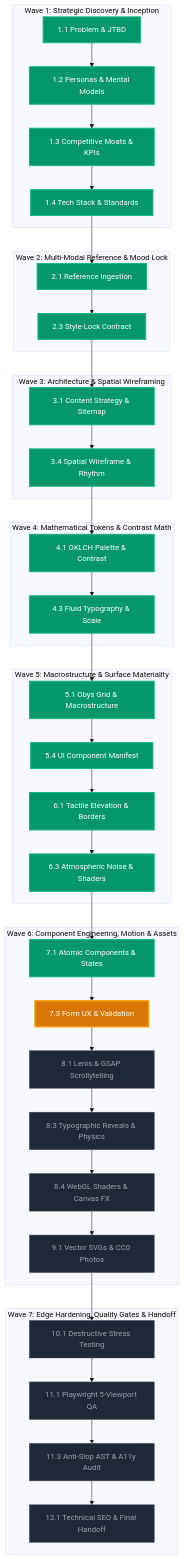
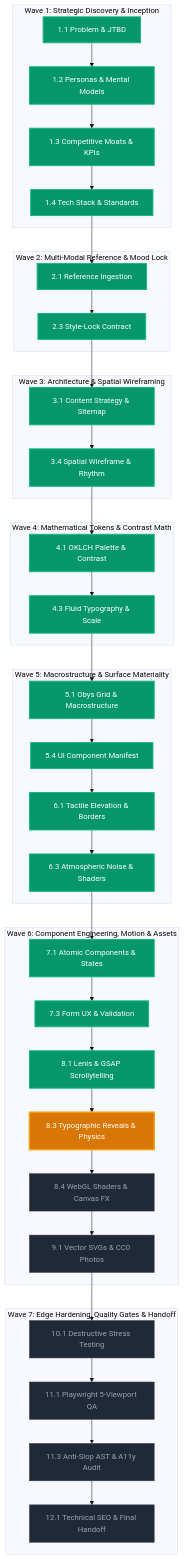
Before and after one commit to atinek-182/Vidya-Dham-Academy: the diagram in docs/DESIGN_MAP.mermaid, drawn with Mermaid (base theme). The commit also changed 11 other files, not shown here.

Commit message:
[EVOLVE]: Complete Phase 8.1 Lenis & GSAP scrollytelling architecture and record evolutionary findings

````diff
--- a/docs/DESIGN_MAP.mermaid
+++ b/docs/DESIGN_MAP.mermaid
@@ -1,51 +1,51 @@
 ```mermaid
 graph TD
   subgraph WAVE_1 ["Wave 1: Strategic Discovery & Inception"]
     P1_1["1.1 Problem & JTBD"]:::completed --> P1_2["1.2 Personas & Mental Models"]:::completed
     P1_2 --> P1_3["1.3 Competitive Moats & KPIs"]:::completed
     P1_3 --> P1_4["1.4 Tech Stack & Standards"]:::completed
   end
 
   subgraph WAVE_2 ["Wave 2: Multi-Modal Reference & Mood Lock"]
     P2_1["2.1 Reference Ingestion"]:::completed --> P2_3["2.3 Style-Lock Contract"]:::completed
   end
 
   subgraph WAVE_3 ["Wave 3: Architecture & Spatial Wireframing"]
     P3_1["3.1 Content Strategy & Sitemap"]:::completed --> P3_4["3.4 Spatial Wireframe & Rhythm"]:::completed
   end
 
   subgraph WAVE_4 ["Wave 4: Mathematical Tokens & Contrast Math"]
     P4_1["4.1 OKLCH Palette & Contrast"]:::completed --> P4_3["4.3 Fluid Typography & Scale"]:::completed
   end
 
   subgraph WAVE_5 ["Wave 5: Macrostructure & Surface Materiality"]
     P5_1["5.1 Obys Grid & Macrostructure"]:::completed --> P5_4["5.4 UI Component Manifest"]:::completed
     P5_4 --> P6_1["6.1 Tactile Elevation & Borders"]:::completed
     P6_1 --> P6_3["6.3 Atmospheric Noise & Shaders"]:::completed
   end
 
   subgraph WAVE_6 ["Wave 6: Component Engineering, Motion & Assets"]
-    P7_1["7.1 Atomic Components & States"]:::completed --> P7_3["7.3 Form UX & Validation"]:::active
-    P7_3 --> P8_1["8.1 Lenis & GSAP Scrollytelling"]:::pending
-    P8_1 --> P8_3["8.3 Typographic Reveals & Physics"]:::pending
+    P7_1["7.1 Atomic Components & States"]:::completed --> P7_3["7.3 Form UX & Validation"]:::completed
+    P7_3 --> P8_1["8.1 Lenis & GSAP Scrollytelling"]:::completed
+    P8_1 --> P8_3["8.3 Typographic Reveals & Physics"]:::active
     P8_3 --> P8_4["8.4 WebGL Shaders & Canvas FX"]:::pending
     P8_4 --> P9_1["9.1 Vector SVGs & CC0 Photos"]:::pending
   end
 
   subgraph WAVE_7 ["Wave 7: Edge Hardening, Quality Gates & Handoff"]
     P10_1["10.1 Destructive Stress Testing"]:::pending --> P11_1["11.1 Playwright 5-Viewport QA"]:::pending
     P11_1 --> P11_3["11.3 Anti-Slop AST & A11y Audit"]:::pending
     P11_3 --> P12_1["12.1 Technical SEO & Final Handoff"]:::pending
   end
 
   P1_4 --> P2_1
   P2_3 --> P3_1
   P3_4 --> P4_1
   P4_3 --> P5_1
   P6_3 --> P7_1
   P9_1 --> P10_1
 
   classDef completed fill:#059669,stroke:#10b981,color:#ffffff,stroke-width:2px;
   classDef active fill:#d97706,stroke:#f59e0b,color:#ffffff,stroke-width:3px;
   classDef pending fill:#1f2937,stroke:#374151,color:#9ca3af,stroke-width:1px;
 ```
````
